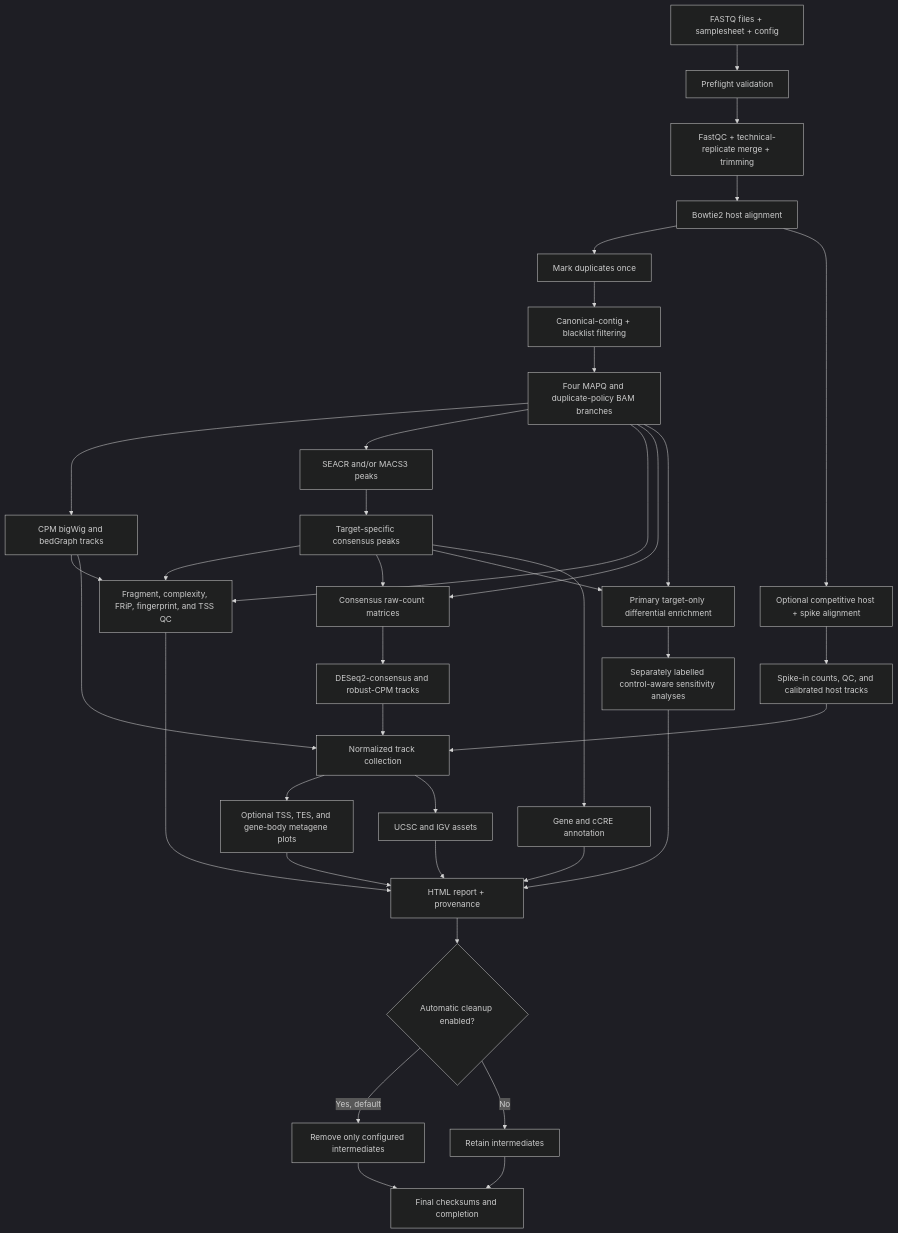
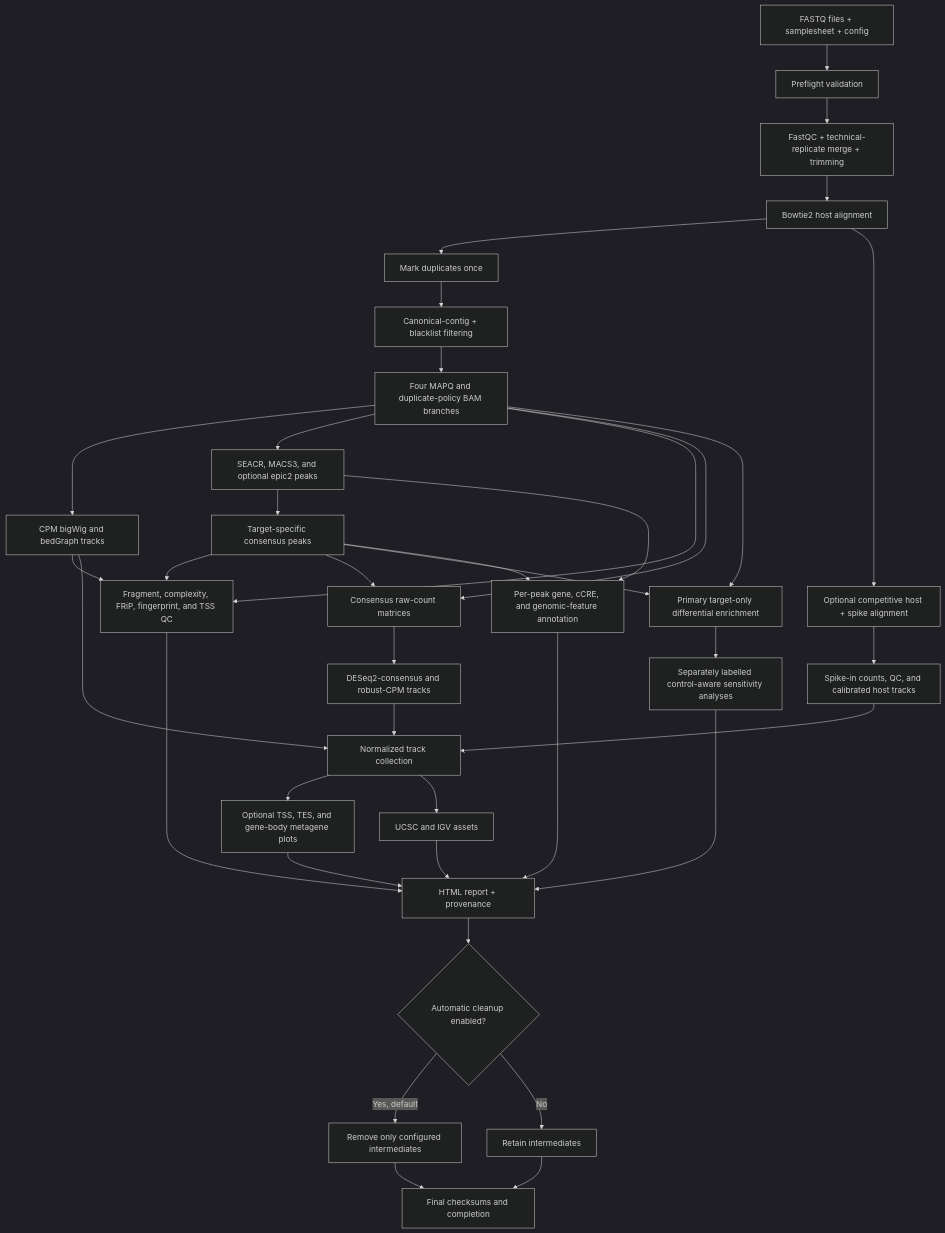
Before and after one commit to MichalGd/cutnrun2tracks: the diagram in README.md, drawn with Mermaid (dark theme). The commit also changed other lines of this file and 48 other files, not shown here.

````diff
--- a/README.md
+++ b/README.md
@@ -43,44 +49,45 @@
 ```mermaid
 flowchart TD
     A[FASTQ files + samplesheet + config] --> B[Preflight validation]
     B --> C[FastQC + technical-replicate merge + trimming]
     C --> D[Bowtie2 host alignment]
     D --> E[Mark duplicates once]
     E --> F[Canonical-contig + blacklist filtering]
     F --> G[Four MAPQ and duplicate-policy BAM branches]
 
     D --> SP1[Optional competitive host + spike alignment]
     SP1 --> SP2[Spike-in counts, QC, and calibrated host tracks]
 
     G --> H[CPM bigWig and bedGraph tracks]
-    G --> I[SEACR and/or MACS3 peaks]
+    G --> I[SEACR, MACS3, and optional epic2 peaks]
     I --> J[Target-specific consensus peaks]
     G --> K[Fragment, complexity, FRiP, fingerprint, and TSS QC]
     H --> K
     J --> K
 
     G --> L[Consensus raw-count matrices]
     J --> L
     L --> M[DESeq2-consensus and robust-CPM tracks]
     SP2 --> N[Normalized track collection]
     M --> N
     H --> N
 
     N --> O[Optional TSS, TES, and gene-body metagene plots]
     J --> P[Primary target-only differential enrichment]
     G --> P
     P --> Q[Separately labelled control-aware sensitivity analyses]
-    J --> R[Gene and cCRE annotation]
+    I --> R[Per-peak gene, cCRE, and genomic-feature annotation]
+    J --> R
     N --> S[UCSC and IGV assets]
 
     K --> T[HTML report + provenance]
     O --> T
     Q --> T
     R --> T
     S --> T
     T --> U{Automatic cleanup enabled?}
     U -->|Yes, default| V[Remove only configured intermediates]
     U -->|No| W[Retain intermediates]
     V --> X[Final checksums and completion]
     W --> X
 ```
````
